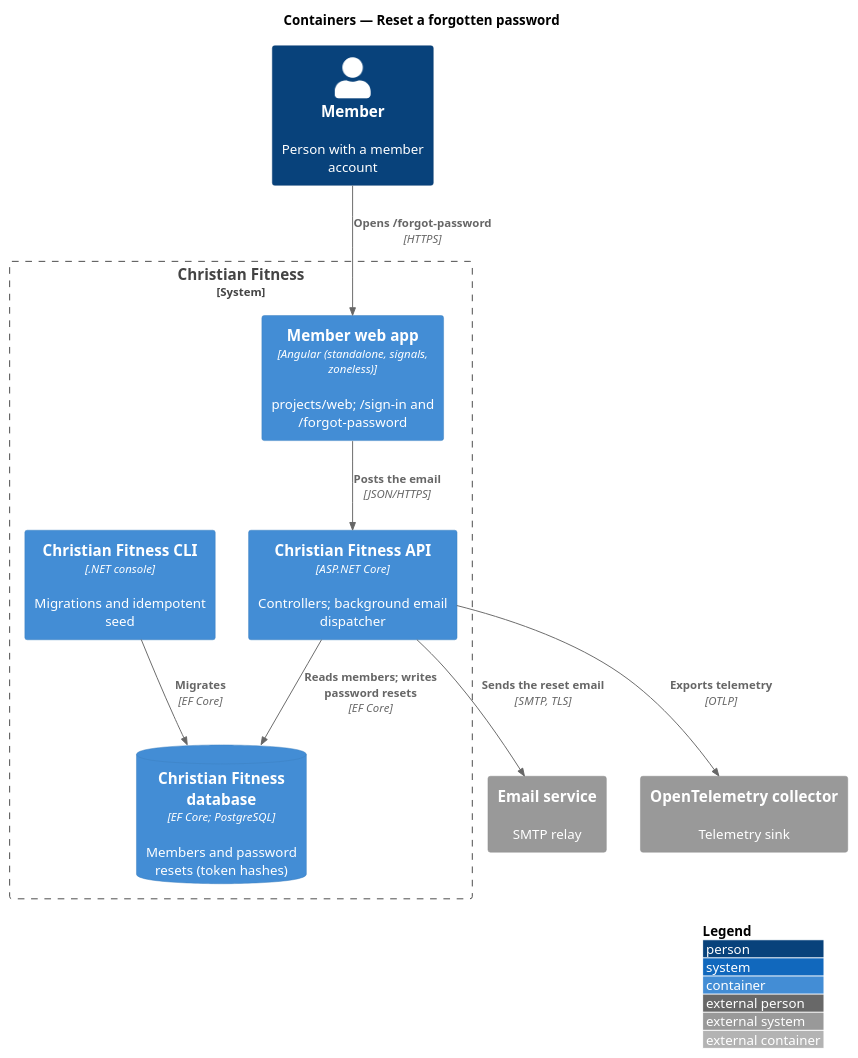
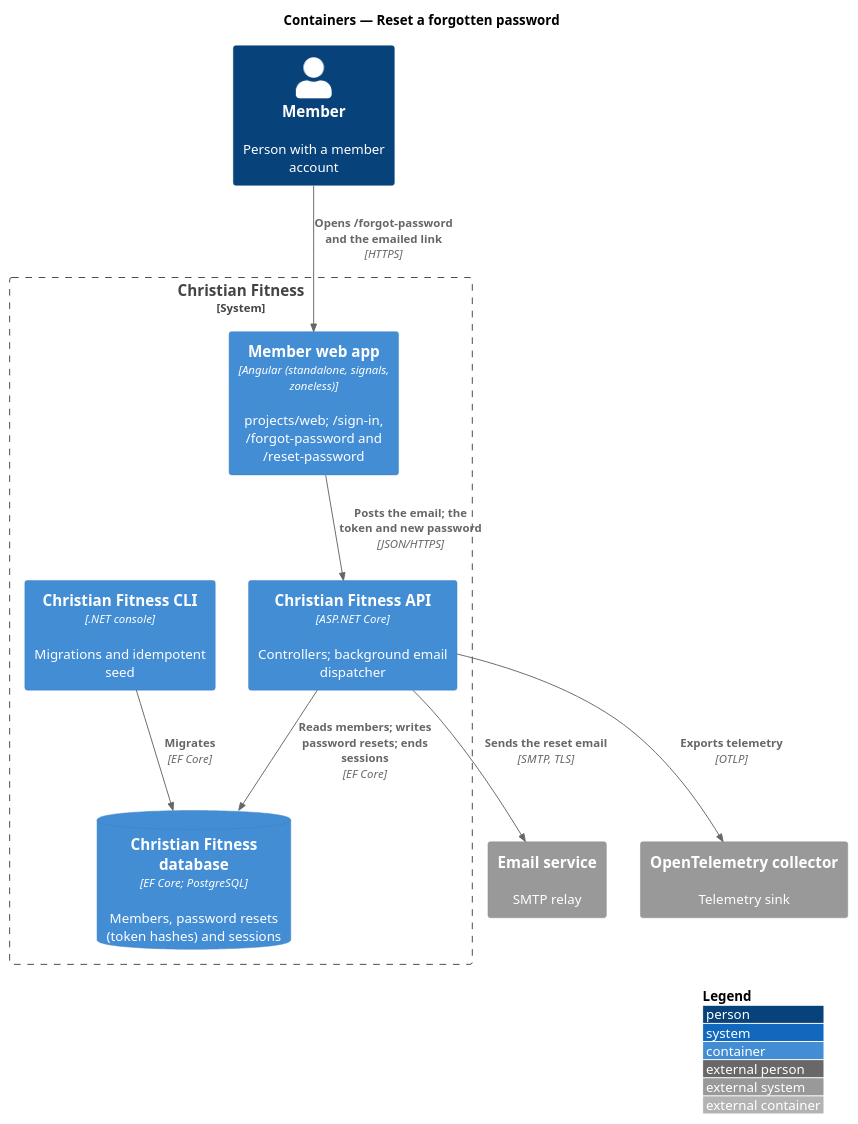
The diagram in docs/detailed-designs/member-access/reset-password/diagrams/c4-container.puml (QuinntyneBrown/christian-fitness), drawn with PlantUML before and after one commit. The commit also changed 23 other files, not shown here.

```diff
--- a/docs/detailed-designs/member-access/reset-password/diagrams/c4-container.puml
+++ b/docs/detailed-designs/member-access/reset-password/diagrams/c4-container.puml
@@ -1,22 +1,22 @@
 @startuml
 !include <C4/C4_Container>
 LAYOUT_WITH_LEGEND()
 title Containers — Reset a forgotten password
 
 Person(user, "Member", "Person with a member account")
 System_Boundary(cf, "Christian Fitness") {
-  Container(web, "Member web app", "Angular (standalone, signals, zoneless)", "projects/web; /sign-in and /forgot-password")
+  Container(web, "Member web app", "Angular (standalone, signals, zoneless)", "projects/web; /sign-in, /forgot-password and /reset-password")
   Container(api, "Christian Fitness API", "ASP.NET Core", "Controllers; background email dispatcher")
-  ContainerDb(db, "Christian Fitness database", "EF Core; PostgreSQL", "Members and password resets (token hashes)")
+  ContainerDb(db, "Christian Fitness database", "EF Core; PostgreSQL", "Members, password resets (token hashes) and sessions")
   Container(cli, "Christian Fitness CLI", ".NET console", "Migrations and idempotent seed")
 }
 System_Ext(smtp, "Email service", "SMTP relay")
 System_Ext(otel, "OpenTelemetry collector", "Telemetry sink")
 
-Rel(user, web, "Opens /forgot-password", "HTTPS")
-Rel(web, api, "Posts the email", "JSON/HTTPS")
-Rel(api, db, "Reads members; writes password resets", "EF Core")
+Rel(user, web, "Opens /forgot-password and the emailed link", "HTTPS")
+Rel(web, api, "Posts the email; the token and new password", "JSON/HTTPS")
+Rel(api, db, "Reads members; writes password resets; ends sessions", "EF Core")
 Rel(api, smtp, "Sends the reset email", "SMTP, TLS")
 Rel(cli, db, "Migrates", "EF Core")
 Rel(api, otel, "Exports telemetry", "OTLP")
 @enduml
```
